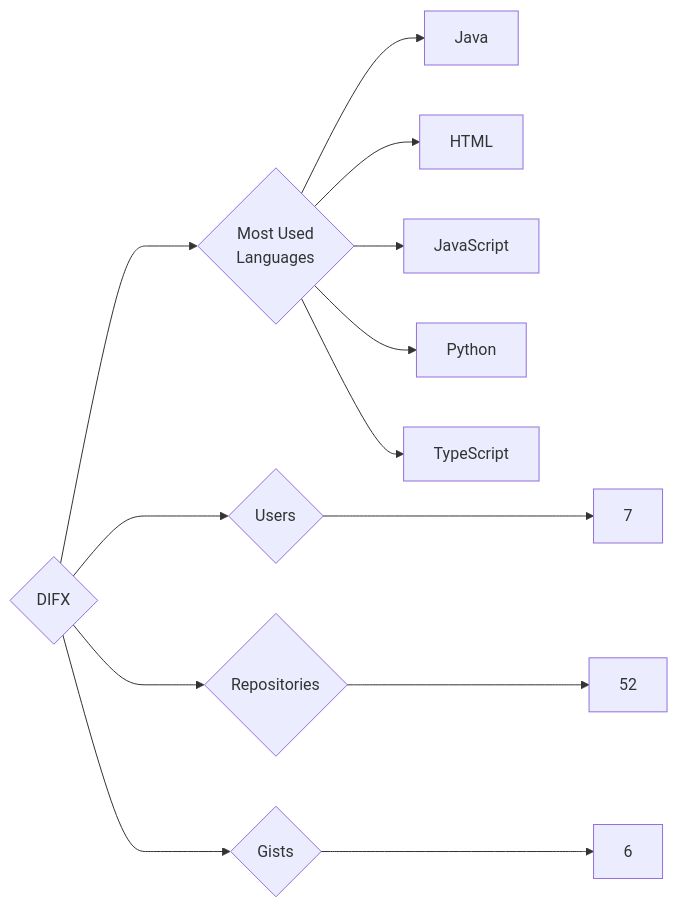
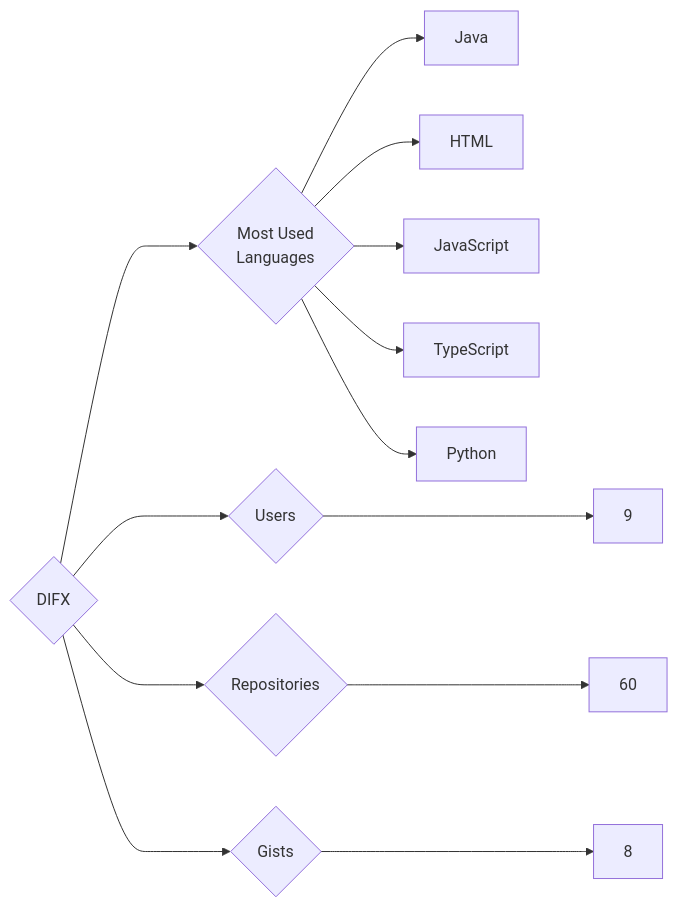
Before and after one commit to trickest/insiders: the diagram in targets/DIFX/README.md, drawn with Mermaid. The commit also changed 1149 other files, not shown here.

````diff
--- a/targets/DIFX/README.md
+++ b/targets/DIFX/README.md
@@ -3,13 +3,13 @@
 ```mermaid
 graph LR
 COMPANY_NAME{DIFX}
-COMPANY_NAME ---> U{Users} ---> UN[7]
-COMPANY_NAME ---> R{Repositories} ---> RN[52]
-COMPANY_NAME ---> G{Gists} ---> GN[6]
+COMPANY_NAME ---> U{Users} ---> UN[9]
+COMPANY_NAME ---> R{Repositories} ---> RN[60]
+COMPANY_NAME ---> G{Gists} ---> GN[8]
 COMPANY_NAME ---> ML{Most Used<br>Languages}
 ML --> Java[Java]
 ML --> HTML[HTML]
 ML --> JavaScript[JavaScript]
+ML --> TypeScript[TypeScript]
 ML --> Python[Python]
-ML --> TypeScript[TypeScript]
 ```
````
